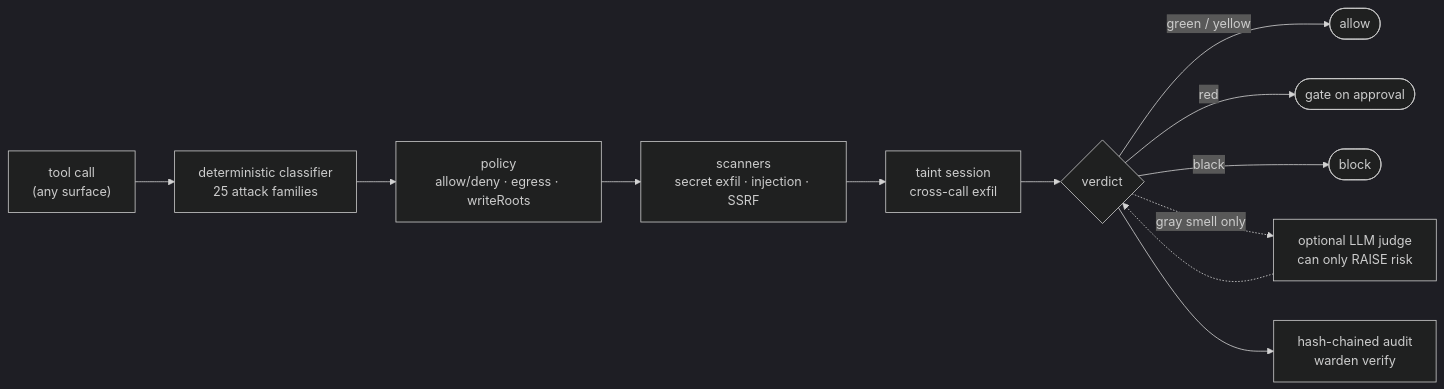
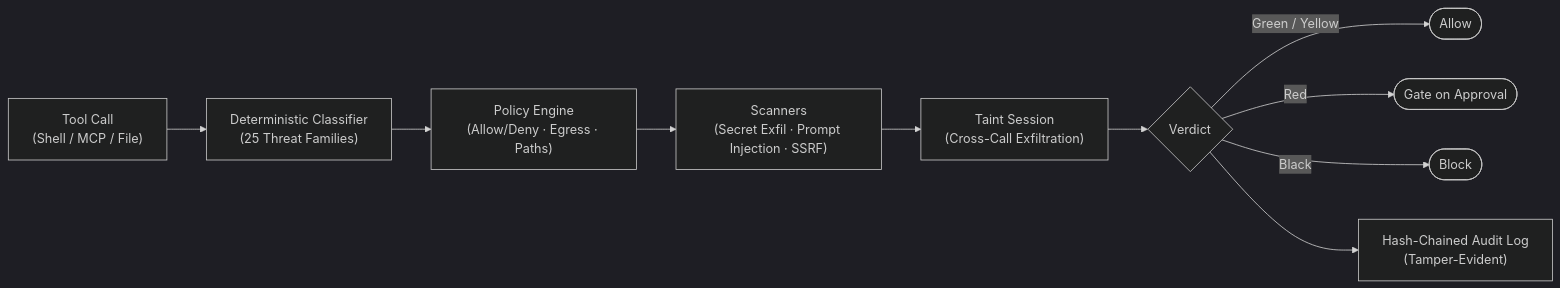
The diagram in README.md (benoumessad-mohamed-el-amine/firewall-warden), drawn with Mermaid (dark theme) before and after one commit. The commit also changed other lines of this file, not shown here.

Commit message:
docs: modernize and update README for firewall-warden

````diff
--- a/README.md
+++ b/README.md
@@ -99,14 +107,12 @@
 ```mermaid
 flowchart LR
-    A["tool call<br/>(any surface)"] --> C["deterministic classifier<br/>25 attack families"]
-    C --> P["policy<br/>allow/deny · egress · writeRoots"]
-    P --> S["scanners<br/>secret exfil · injection · SSRF"]
-    S --> T["taint session<br/>cross-call exfil"]
-    T --> V{verdict}
-    V -->|"green / yellow"| ALLOW([allow])
-    V -->|red| GATE([gate on approval])
-    V -->|black| BLOCK([block])
-    V -.->|"gray smell only"| J["optional LLM judge<br/>can only RAISE risk"]
-    J -.-> V
-    V --> AU["hash-chained audit<br/>warden verify"]
+    A["Tool Call<br/>(Shell / MCP / File)"] --> C["Deterministic Classifier<br/>(25 Threat Families)"]
+    C --> P["Policy Engine<br/>(Allow/Deny · Egress · Paths)"]
+    P --> S["Scanners<br/>(Secret Exfil · Prompt Injection · SSRF)"]
+    S --> T["Taint Session<br/>(Cross-Call Exfiltration)"]
+    T --> V{Verdict}
+    V -->|"Green / Yellow"| ALLOW([Allow])
+    V -->|"Red"| GATE([Gate on Approval])
+    V -->|"Black"| BLOCK([Block])
+    V --> AU["Hash-Chained Audit Log<br/>(Tamper-Evident)"]
 ```
````
